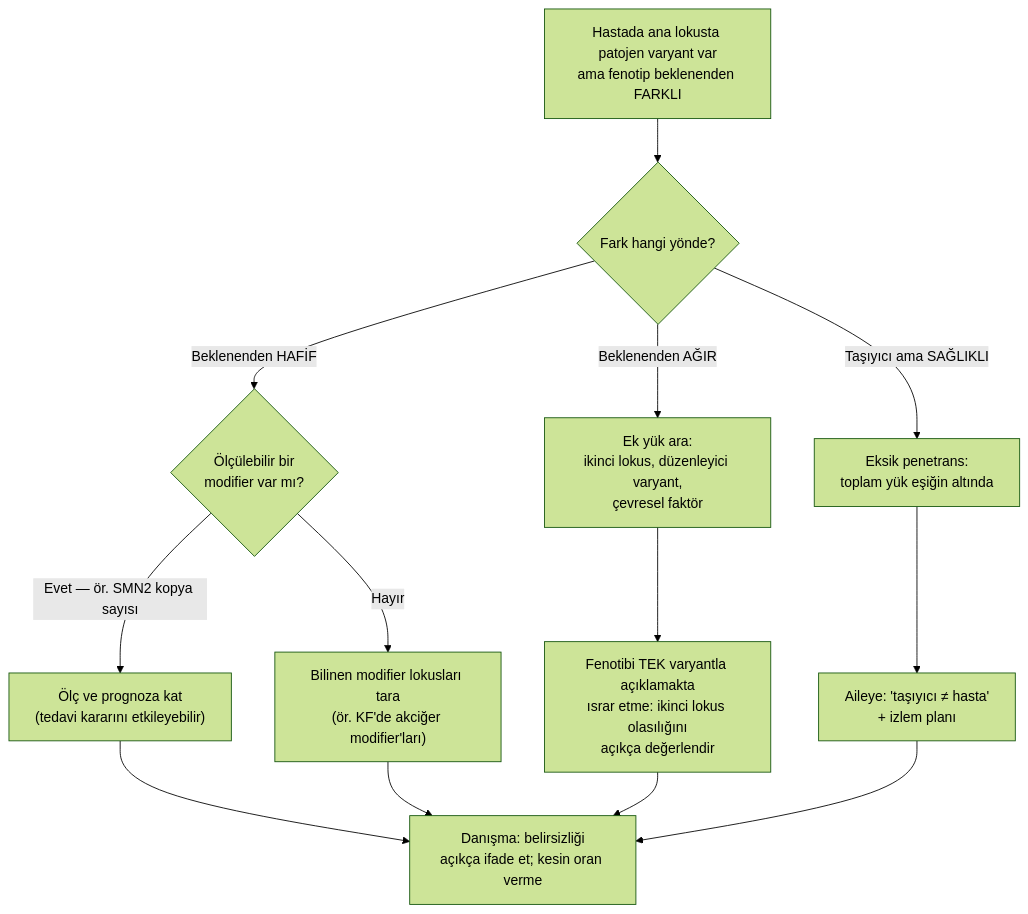
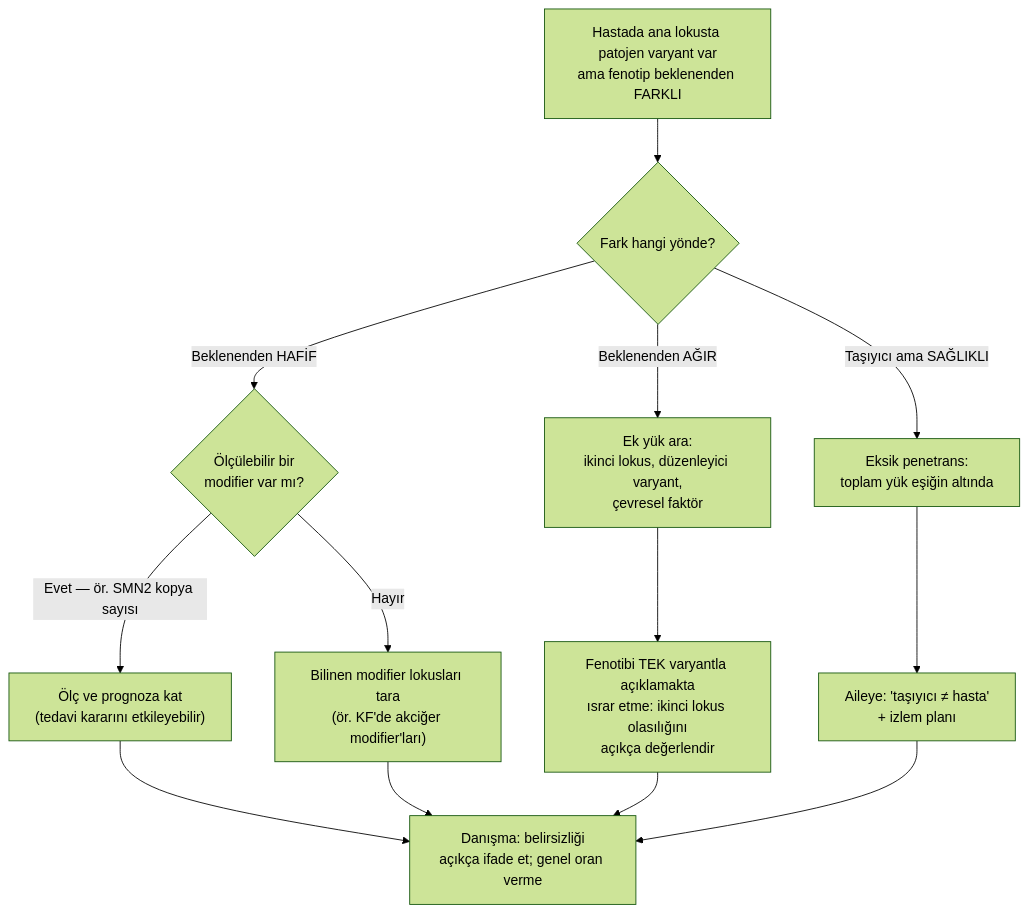
One commit to MDKalenderoglu/Mekanizma_Kitab- changed the first of 3 diagrams in Bölüm_15_Digenik_Oligogenik_Modifier.md. Above: the diagram before and after it, drawn with Mermaid (forest theme). The commit also changed other lines of this file and 10 other files, not shown here.

````diff
--- a/Bölüm_15_Digenik_Oligogenik_Modifier.md
+++ b/Bölüm_15_Digenik_Oligogenik_Modifier.md
@@ -149,18 +149,18 @@
 ```mermaid
 flowchart TD
   A["Hastada ana lokusta patojen varyant var<br/>ama fenotip beklenenden FARKLI"] --> B{"Fark hangi yönde?"}
   B -->|"Beklenenden HAFİF"| C{"Ölçülebilir bir<br/>modifier var mı?"}
   B -->|"Beklenenden AĞIR"| D["Ek yük ara:<br/>ikinci lokus, düzenleyici varyant,<br/>çevresel faktör"]
   B -->|"Taşıyıcı ama SAĞLIKLI"| E["Eksik penetrans:<br/>toplam yük eşiğin altında"]
 
   C -->|"Evet — ör. SMN2 kopya sayısı"| F["Ölç ve prognoza kat<br/>(tedavi kararını etkileyebilir)"]
   C -->|"Hayır"| G["Bilinen modifier lokusları tara<br/>(ör. KF'de akciğer modifier'ları)"]
 
   D --> H["Fenotibi TEK varyantla açıklamakta<br/>ısrar etme: ikinci lokus olasılığını<br/>açıkça değerlendir"]
   E --> I["Aileye: 'taşıyıcı ≠ hasta'<br/>+ izlem planı"]
 
-  F --> J["Danışma: belirsizliği<br/>açıkça ifade et; kesin oran verme"]
+  F --> J["Danışma: belirsizliği<br/>açıkça ifade et; genel oran verme"]
   G --> J
   H --> J
   I --> J
 ```
````
